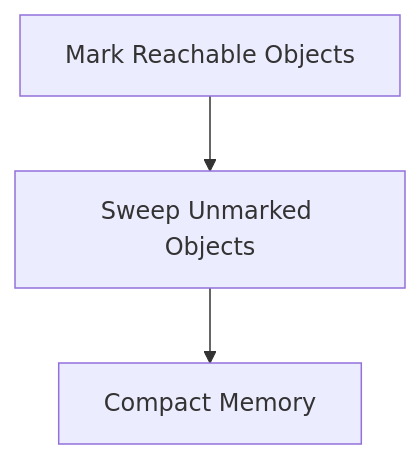
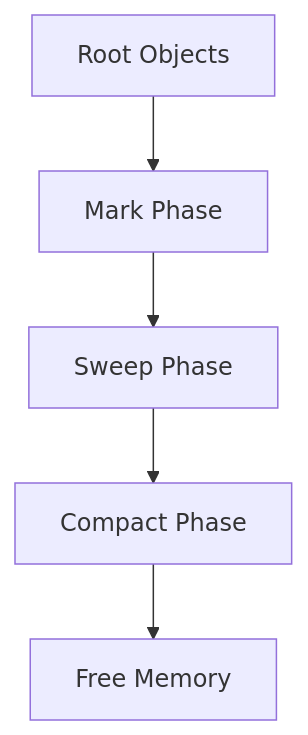
The diagram in garbage-collection-algorithms/README.md (VrushankPatel/interview-matters), drawn with Mermaid before and after one commit. The commit also changed other lines of this file and 7 other files, not shown here.

````diff
--- a/garbage-collection-algorithms/README.md
+++ b/garbage-collection-algorithms/README.md
@@ -30,5 +24,7 @@
 ```mermaid
-flowchart TD
-    A[Mark Reachable Objects] --> B[Sweep Unmarked Objects]
-    B --> C[Compact Memory]
+graph TD
+A[Root Objects] --> B[Mark Phase]
+B --> C[Sweep Phase]
+C --> D[Compact Phase]
+D --> E[Free Memory]
 ```
````
